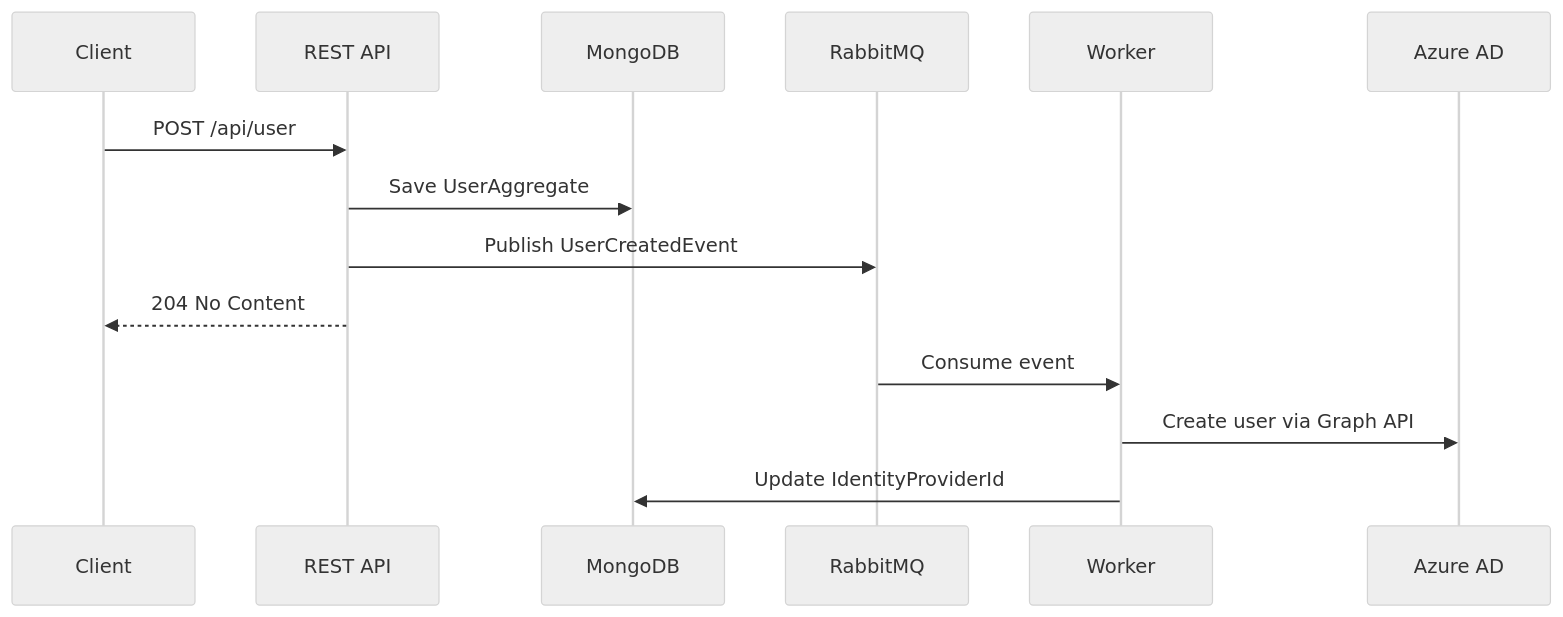
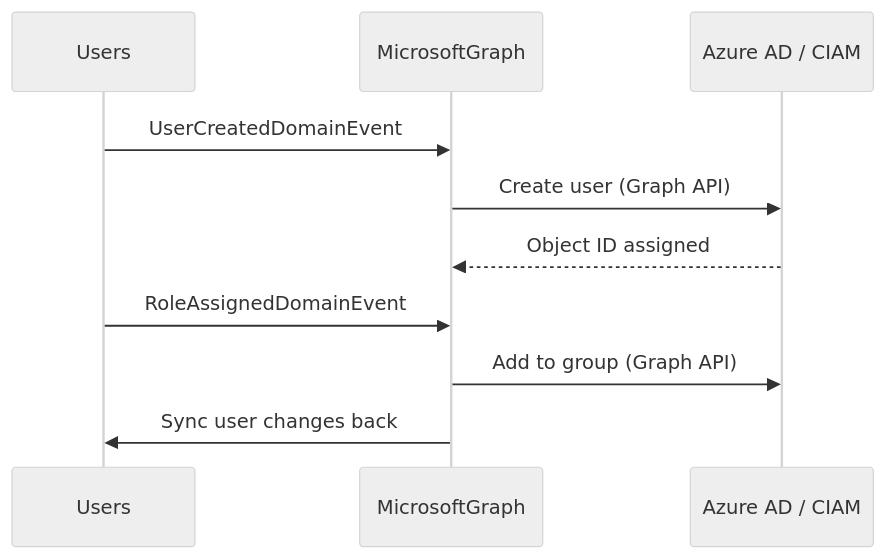
Before and after one commit to codedesignplus/CodeDesignPlus.Net.Microservice.MicrosoftGraph: the second of 2 diagrams in README.md, drawn with Mermaid (neutral theme). The commit also changed other lines of this file, not shown here.

Commit message:
docs: rewrite README with professional format — business context, glossary, data dictionary, diagrams

````diff
--- a/README.md
+++ b/README.md
@@ -1122,17 +101,15 @@
 ```mermaid
 sequenceDiagram
-    participant Client
-    participant REST API
-    participant MongoDB
-    participant RabbitMQ
-    participant Worker
-    participant Azure AD
+    participant Users as Users
+    participant Graph as MicrosoftGraph
+    participant AD as Azure AD / CIAM
 
-    Client->>REST API: POST /api/user
-    REST API->>MongoDB: Save UserAggregate
-    REST API->>RabbitMQ: Publish UserCreatedEvent
-    REST API-->>Client: 204 No Content
-    RabbitMQ->>Worker: Consume event
-    Worker->>Azure AD: Create user via Graph API
-    Worker->>MongoDB: Update IdentityProviderId
+    Users->>Graph: UserCreatedDomainEvent
+    Graph->>AD: Create user (Graph API)
+    AD-->>Graph: Object ID assigned
+
+    Users->>Graph: RoleAssignedDomainEvent
+    Graph->>AD: Add to group (Graph API)
+
+    Graph->>Users: Sync user changes back
 ```
````
